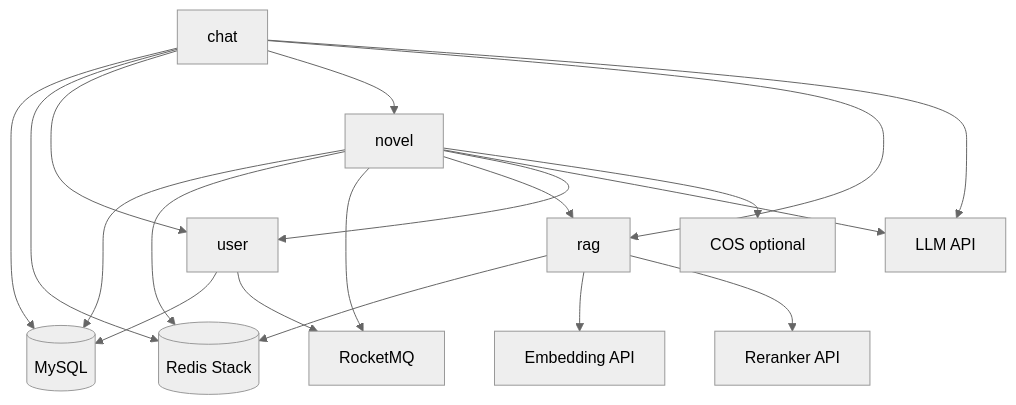
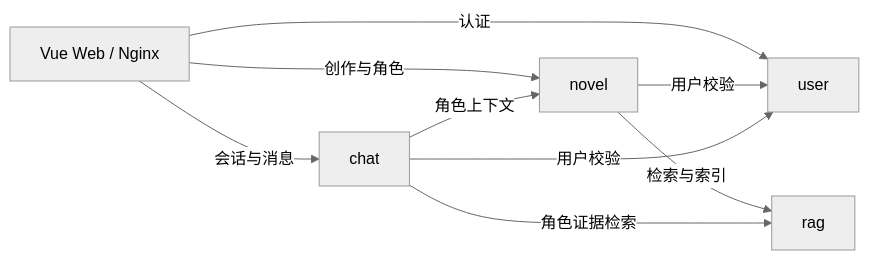
The first of 3 diagrams in README.md (wumingQQQ/novel), drawn with Mermaid (neutral theme) before and after one commit. The commit also changed other lines of this file, not shown here.

````diff
--- a/README.md
+++ b/README.md
@@ -66,24 +73,18 @@
 ```mermaid
-graph TD
-    U[user] --> M[(MySQL)]
-    U --> MQ[RocketMQ]
+flowchart LR
+    WEB[Vue Web / Nginx]
+    U[user]
+    N[novel]
+    C[chat]
+    R[rag]
 
-    N[novel] --> M
-    N --> R[(Redis Stack)]
-    N --> MQ
-    N --> RG[rag]
-    N --> U
-    N --> LLM[LLM API]
-    N --> COS[COS optional]
+    WEB -->|认证| U
+    WEB -->|创作与角色| N
+    WEB -->|会话与消息| C
 
-    RG --> R
-    RG --> EMB[Embedding API]
-    RG --> RR[Reranker API]
-
-    C[chat] --> M
-    C --> R
-    C --> U
-    C --> N
-    C --> RG
-    C --> LLM
+    N -->|用户校验| U
+    N -->|检索与索引| R
+    C -->|用户校验| U
+    C -->|角色上下文| N
+    C -->|角色证据检索| R
 ```
````
